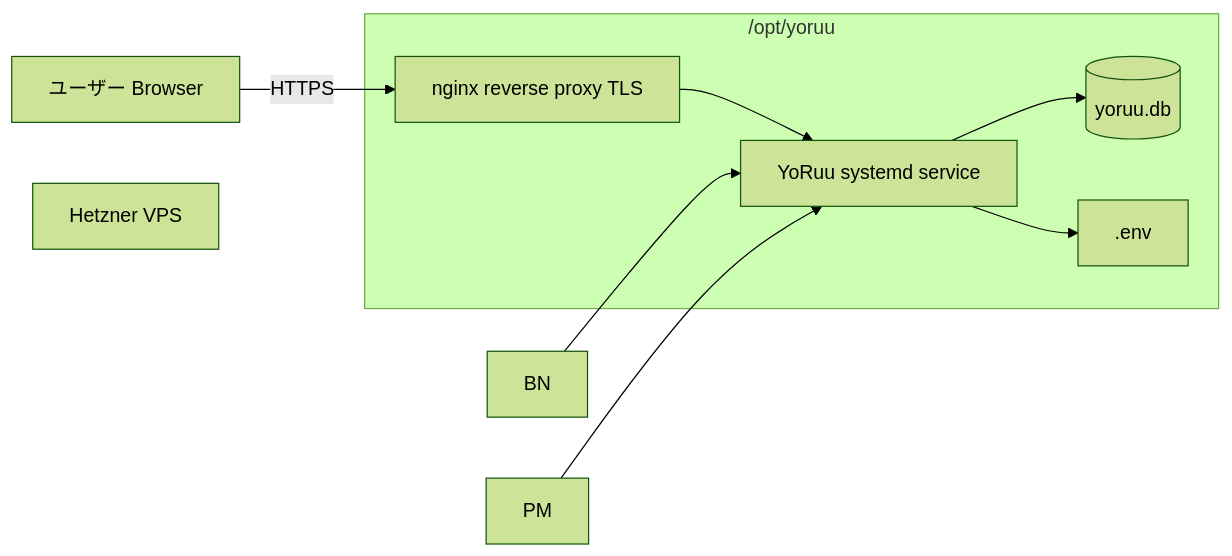
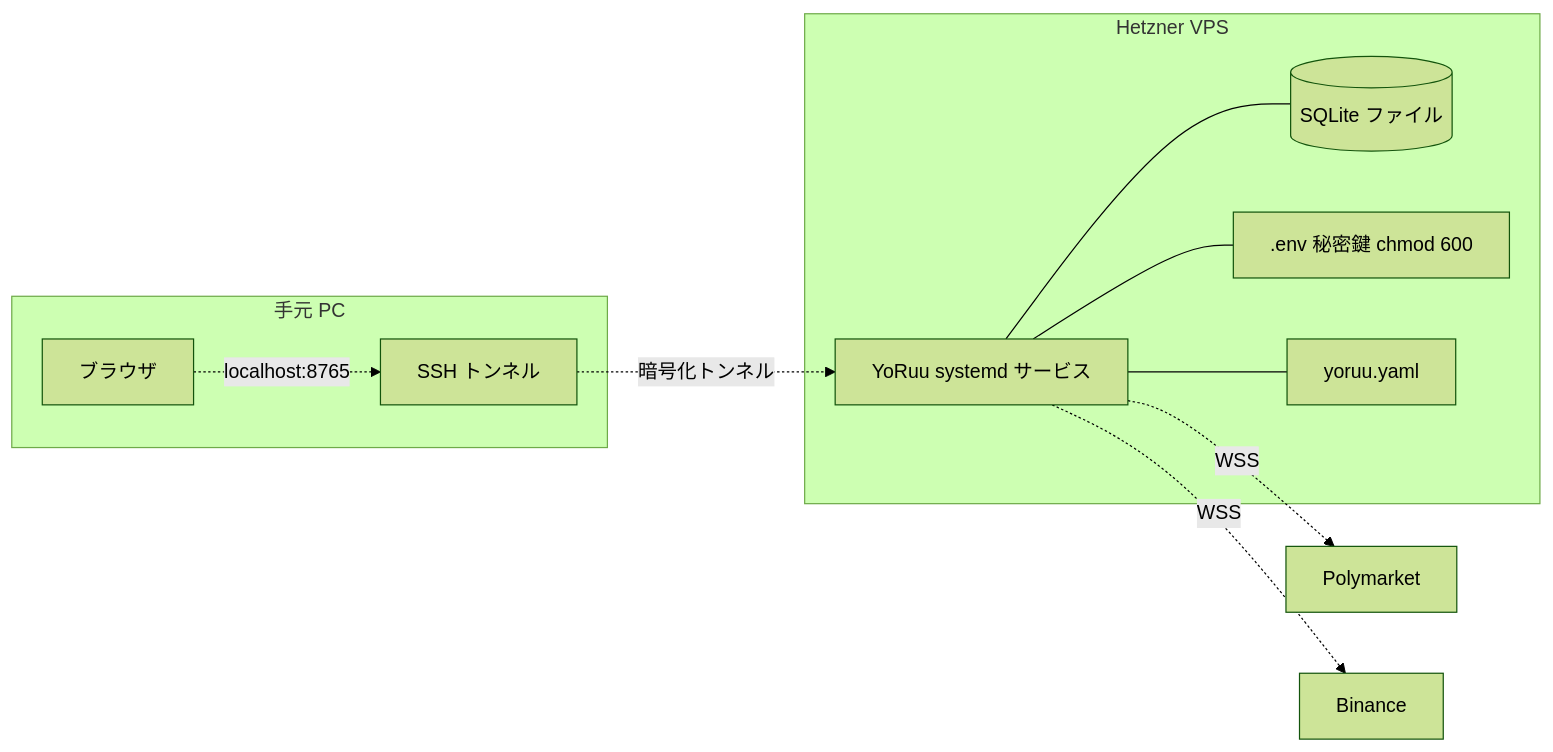
Before and after one commit to matrix9neonebuchadnezzar2199-sketch/YoRuu: the third of 3 diagrams in docs/design/02_architecture.md, drawn with Mermaid (forest theme). The commit also changed other lines of this file and 8 other files, not shown here.

````diff
--- a/docs/design/02_architecture.md
+++ b/docs/design/02_architecture.md
@@ -134,16 +166,20 @@
 ```mermaid
 flowchart LR
-    USER[ユーザー Browser]
-    VPS[Hetzner VPS]
-    subgraph VPS_BOX["/opt/yoruu"]
-        BOT[YoRuu systemd service]
-        DBF[(yoruu.db)]
-        ENV[.env]
-        NG[nginx reverse proxy TLS]
+    subgraph VPS[Hetzner VPS]
+        APP[YoRuu systemd サービス]
+        DBF[(SQLite ファイル)]
+        ENV[.env 秘密鍵 chmod 600]
+        CFG[yoruu.yaml]
     end
-    USER -->|HTTPS| NG --> BOT
-    BOT --> DBF
-    BOT --> ENV
-    BN --> BOT
-    PM --> BOT
+    subgraph LOCAL[手元 PC]
+        BR[ブラウザ]
+        SSH[SSH トンネル]
+    end
+    BR -.localhost:8765.-> SSH
+    SSH -.暗号化トンネル.-> APP
+    APP --- DBF
+    APP --- ENV
+    APP --- CFG
+    APP -.WSS.-> POLY[Polymarket]
+    APP -.WSS.-> BIN[Binance]
 ```
````
